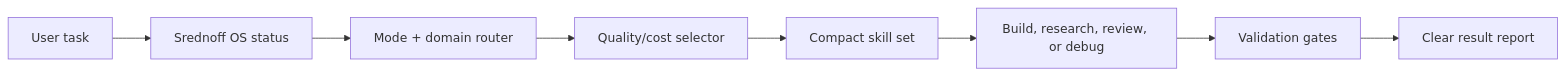
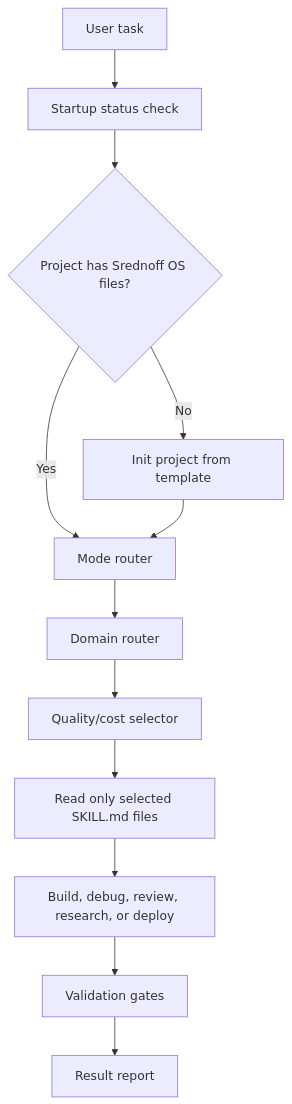
Before and after one commit to srednoff888-art/srednoff-os: the first of 2 diagrams in README.md, drawn with Mermaid. The commit also changed other lines of this file and 4 other files, not shown here.

````diff
--- a/README.md
+++ b/README.md
@@ -94,10 +87,14 @@
 ```mermaid
-flowchart LR
-    A["User task"] --> B["Srednoff OS status"]
-    B --> C["Mode + domain router"]
-    C --> D["Quality/cost selector"]
-    D --> E["Compact skill set"]
-    E --> F["Build, research, review, or debug"]
-    F --> G["Validation gates"]
-    G --> H["Clear result report"]
+flowchart TD
+    A["User task"] --> B["Startup status check"]
+    B --> C{"Project has Srednoff OS files?"}
+    C -- "No" --> D["Init project from template"]
+    C -- "Yes" --> E["Mode router"]
+    D --> E
+    E --> F["Domain router"]
+    F --> G["Quality/cost selector"]
+    G --> H["Read only selected SKILL.md files"]
+    H --> I["Build, debug, review, research, or deploy"]
+    I --> J["Validation gates"]
+    J --> K["Result report"]
 ```
````
